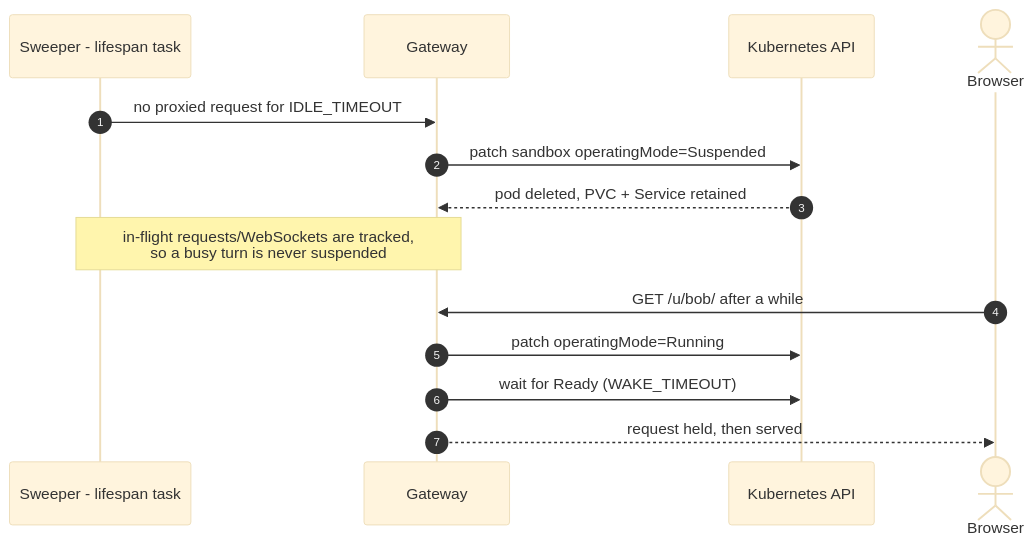
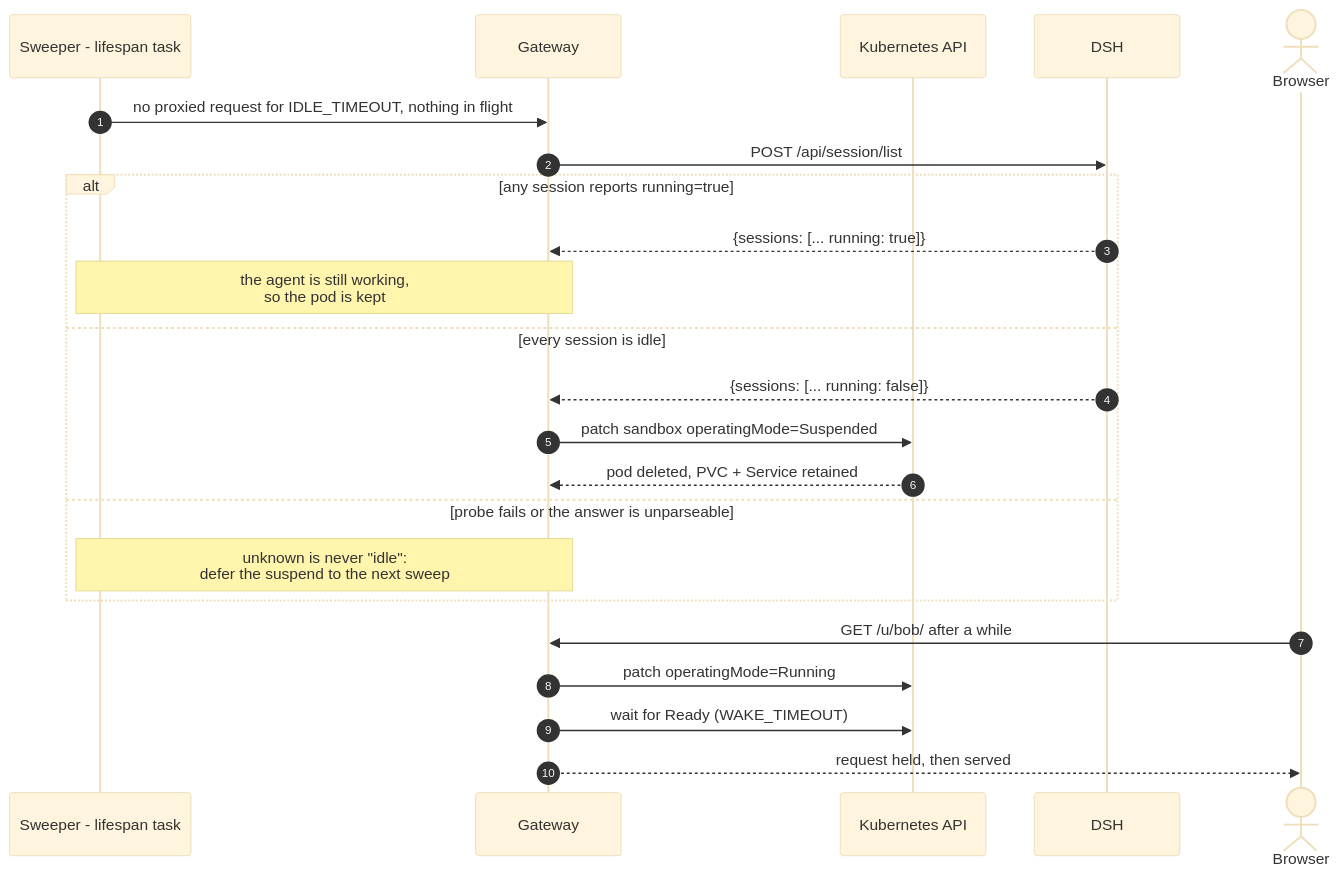
One commit to sredevopsorg/deepseek-kubernetes-sandbox changed the fourth of 5 diagrams in examples/dsh-agents-as-a-service/docs/architecture.md. Above: the diagram before and after it, drawn with Mermaid (base theme). The commit also changed other lines of this file and 4 other files, not shown here.

````diff
--- a/examples/dsh-agents-as-a-service/docs/architecture.md
+++ b/examples/dsh-agents-as-a-service/docs/architecture.md
@@ -181,17 +181,26 @@
 ```mermaid
 sequenceDiagram
     autonumber
     participant S as Sweeper - lifespan task
     participant G as Gateway
     participant K as Kubernetes API
+    participant D as DSH
     actor B as Browser
 
-    S->>G: no proxied request for IDLE_TIMEOUT
-    G->>K: patch sandbox operatingMode=Suspended
-    K-->>G: pod deleted, PVC + Service retained
-    Note over S,G: in-flight requests/WebSockets are tracked,<br/>so a busy turn is never suspended
+    S->>G: no proxied request for IDLE_TIMEOUT, nothing in flight
+    G->>D: POST /api/session/list
+    alt any session reports running=true
+        D-->>G: {sessions: [... running: true]}
+        Note over S,G: the agent is still working,<br/>so the pod is kept
+    else every session is idle
+        D-->>G: {sessions: [... running: false]}
+        G->>K: patch sandbox operatingMode=Suspended
+        K-->>G: pod deleted, PVC + Service retained
+    else probe fails or the answer is unparseable
+        Note over S,G: unknown is never "idle":<br/>defer the suspend to the next sweep
+    end
     B->>G: GET /u/bob/ after a while
     G->>K: patch operatingMode=Running
     G->>K: wait for Ready (WAKE_TIMEOUT)
     G-->>B: request held, then served
 ```
````
